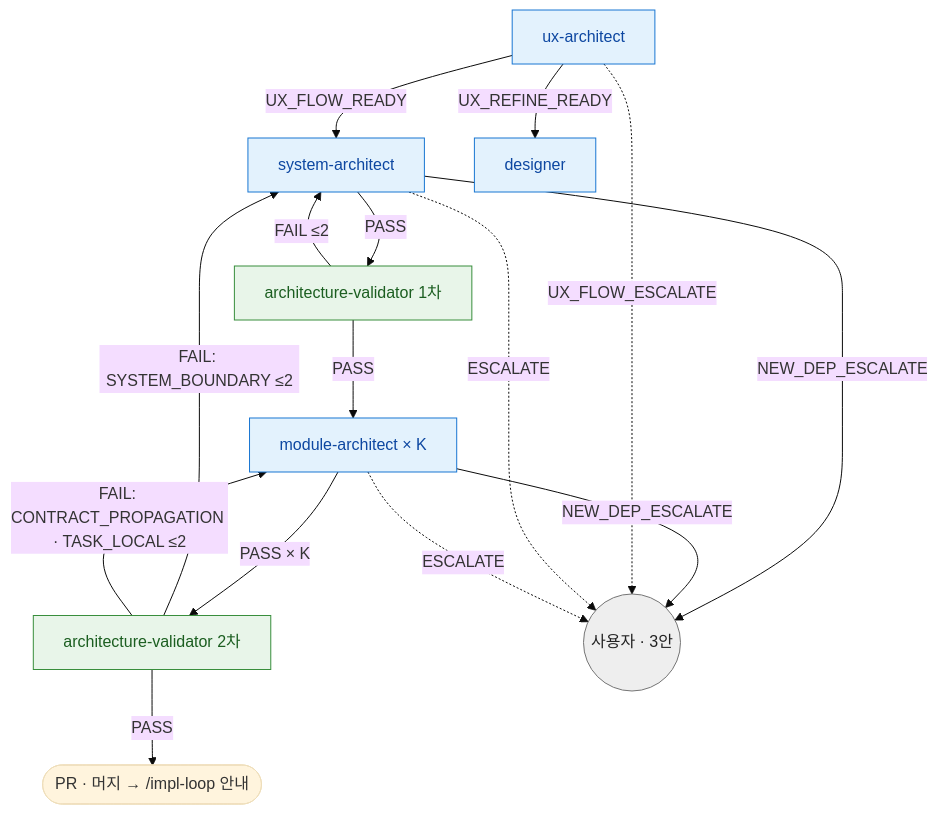
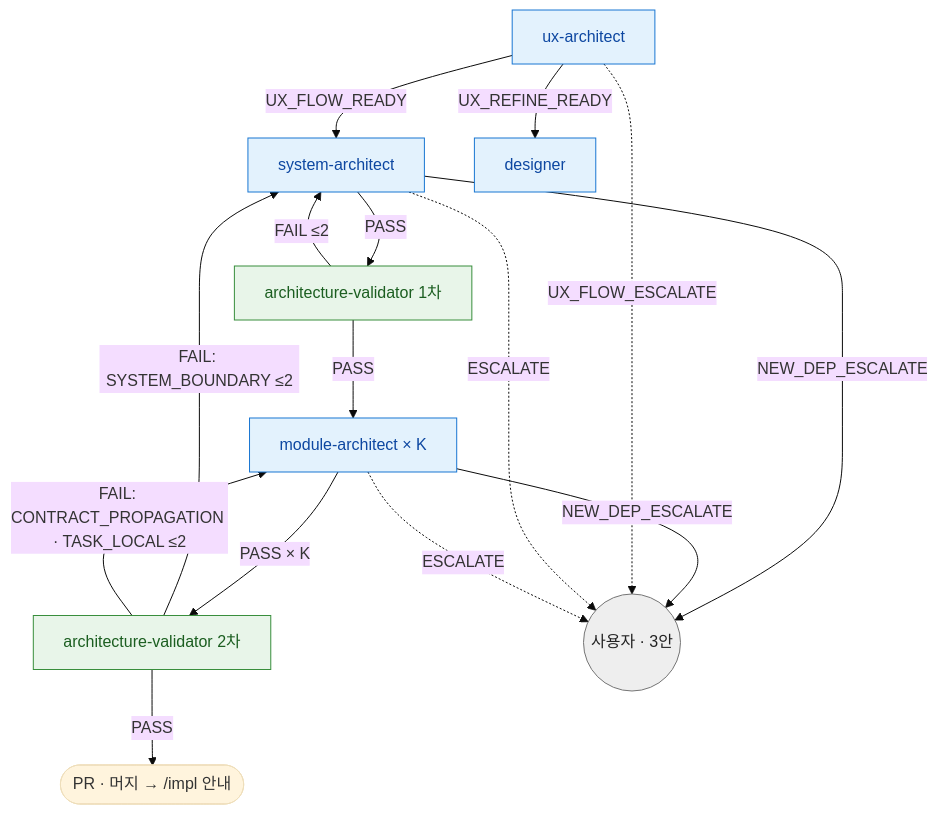
One commit to Daeguk-Sun/dcNess changed the diagram in skills/architect-loop/architect-loop-routing.md. Above: the diagram before and after it, drawn with Mermaid (base theme). The commit also changed other lines of this file and 31 other files, not shown here.

````diff
--- a/skills/architect-loop/architect-loop-routing.md
+++ b/skills/architect-loop/architect-loop-routing.md
@@ -15,24 +15,24 @@
 ```mermaid
 flowchart TB
   UX[ux-architect] -->|UX_FLOW_READY| SA[system-architect]
   UX -->|UX_REFINE_READY| DS[designer]
   SA -->|PASS| AV1[architecture-validator 1차]
   AV1 -->|PASS| MA[module-architect × K]
   MA -->|PASS × K| AV2[architecture-validator 2차]
-  AV2 -->|PASS| M([PR · 머지 → /impl-loop 안내])
+  AV2 -->|PASS| M([PR · 머지 → /impl 안내])
   AV1 -->|FAIL ≤2| SA
   AV2 -->|"FAIL: SYSTEM_BOUNDARY ≤2"| SA
   AV2 -->|"FAIL: CONTRACT_PROPAGATION · TASK_LOCAL ≤2"| MA
   SA -->|NEW_DEP_ESCALATE| U((사용자 · 3안))
   MA -->|NEW_DEP_ESCALATE| U
   UX -.->|UX_FLOW_ESCALATE| U
   SA -.->|ESCALATE| U
   MA -.->|ESCALATE| U
 
   classDef produce fill:#e3f2fd,stroke:#1976d2,color:#0d47a1
   classDef verify fill:#e8f5e9,stroke:#388e3c,color:#1b5e20
   classDef user fill:#eeeeee,stroke:#757575,color:#212121
   class UX,SA,DS,MA produce
   class AV1,AV2 verify
   class U user
 ```
````
